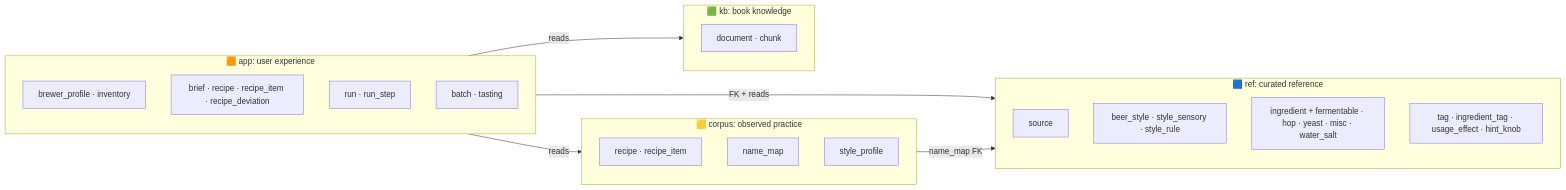
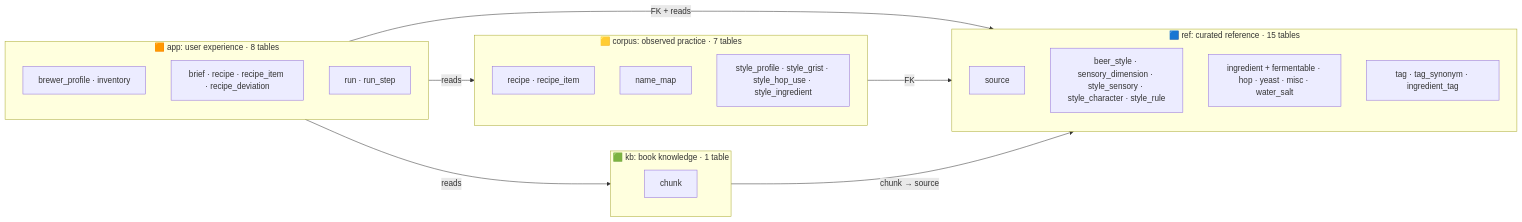
One commit to badacsonyigorenyember/homebrew_ai changed the first of 4 diagrams in docs/DATABASE.md. Above: the diagram before and after it, drawn with Mermaid. The commit also changed other lines of this file and 8 other files, not shown here.

````diff
--- a/docs/DATABASE.md
+++ b/docs/DATABASE.md
@@ -25,31 +31,31 @@
 ```mermaid
 flowchart LR
-    subgraph REF["🟦 ref: curated reference"]
+    subgraph REF["🟦 ref: curated reference · 15 tables"]
       direction TB
       r1[source]
-      r2[beer_style · style_sensory · style_rule]
+      r2[beer_style · sensory_dimension · style_sensory · style_character · style_rule]
       r3[ingredient + fermentable · hop · yeast · misc · water_salt]
-      r4[tag · ingredient_tag · usage_effect · hint_knob]
+      r4[tag · tag_synonym · ingredient_tag]
     end
-    subgraph CORP["🟨 corpus: observed practice"]
+    subgraph CORP["🟨 corpus: observed practice · 7 tables"]
       direction TB
       c1[recipe · recipe_item]
       c2[name_map]
-      c3[style_profile]
+      c3[style_profile · style_grist · style_hop_use · style_ingredient]
     end
-    subgraph KB["🟩 kb: book knowledge"]
+    subgraph KB["🟩 kb: book knowledge · 1 table"]
       direction TB
-      k1[document · chunk]
+      k1[chunk]
     end
-    subgraph APP["🟧 app: user experience"]
+    subgraph APP["🟧 app: user experience · 8 tables"]
       direction TB
       a1[brewer_profile · inventory]
       a2[brief · recipe · recipe_item · recipe_deviation]
       a3[run · run_step]
-      a4[batch · tasting]
     end
     APP -- "FK + reads" --> REF
     APP -- reads --> CORP
     APP -- reads --> KB
-    CORP -- "name_map FK" --> REF
+    CORP -- "FK" --> REF
+    KB -- "chunk → source" --> REF
 ```
````
